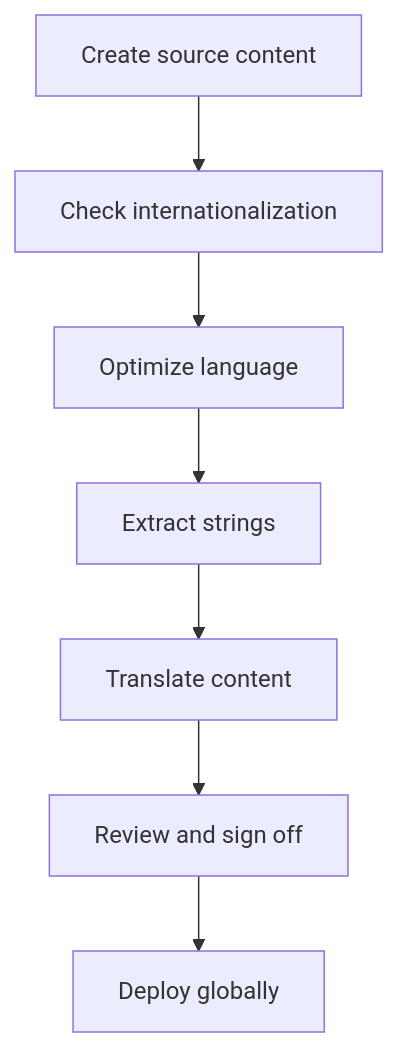
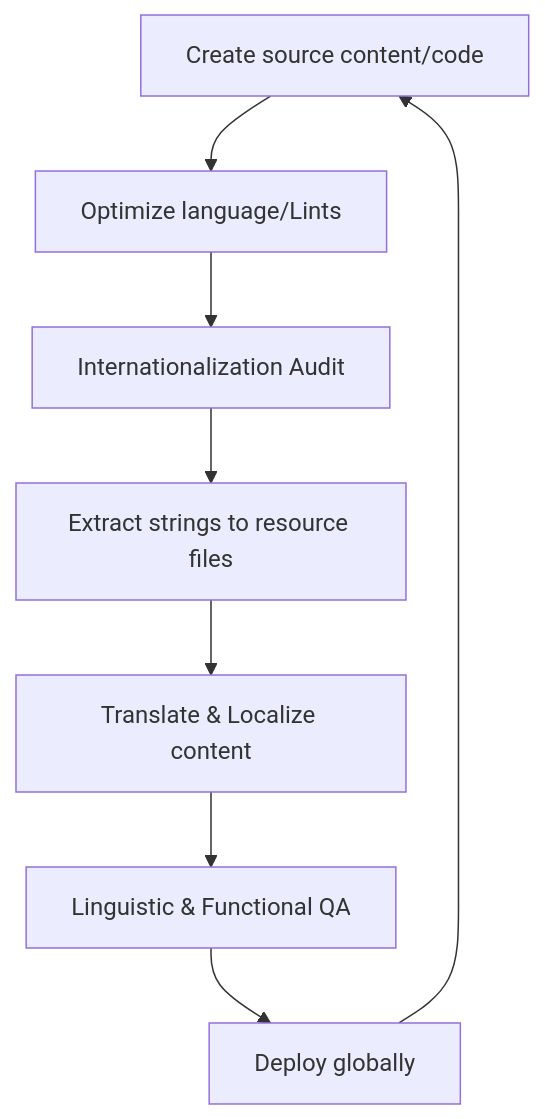
The diagram in docs/industry-terms/gilt.md (vaishvanara/techwritingkb), drawn with Mermaid before and after one commit. The commit also changed other lines of this file and 51 other files, not shown here.

````diff
--- a/docs/industry-terms/gilt.md
+++ b/docs/industry-terms/gilt.md
@@ -61,9 +61,10 @@
 ```mermaid
 graph TD
-    A[Create source content] --> B[Check internationalization]
-    B --> C[Optimize language]
-    C --> D[Extract strings]
-    D --> E[Translate content]
-    E --> F[Review and sign off]
+    A[Create source content/code] --> B[Optimize language/Lints]
+    B --> C[Internationalization Audit]
+    C --> D[Extract strings to resource files]
+    D --> E[Translate & Localize content]
+    E --> F[Linguistic & Functional QA]
     F --> G[Deploy globally]
+    G --> A
 ```
````
